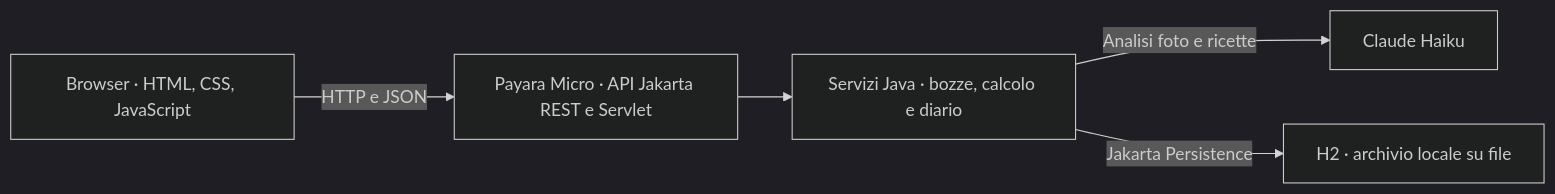
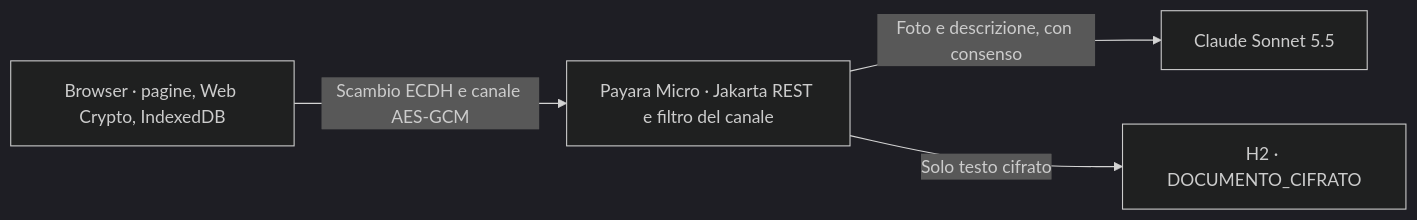
Before and after one commit to BevoSpuma43/dass_progetto: the diagram in README.md, drawn with Mermaid (dark theme). The commit also changed other lines of this file and 4 other files, not shown here.

````diff
--- a/README.md
+++ b/README.md
@@ -41,7 +56,6 @@
 ```mermaid
 flowchart LR
-    WEB["Browser · HTML, CSS, JavaScript"] -->|HTTP e JSON| API["Payara Micro · API Jakarta REST e Servlet"]
-    API --> LOGICA["Servizi Java · bozze, calcolo e diario"]
-    LOGICA -->|Analisi foto e ricette| HAIKU["Claude Haiku"]
-    LOGICA -->|Jakarta Persistence| H2["H2 · archivio locale su file"]
+    WEB["Browser · pagine, Web Crypto, IndexedDB"] -->|"Scambio ECDH e canale AES-GCM"| API["Payara Micro · Jakarta REST e filtro del canale"]
+    API -->|"Foto e descrizione, con consenso"| CLAUDE["Claude Sonnet 5.5"]
+    API -->|"Solo testo cifrato"| H2["H2 · DOCUMENTO_CIFRATO"]
 ```
````
